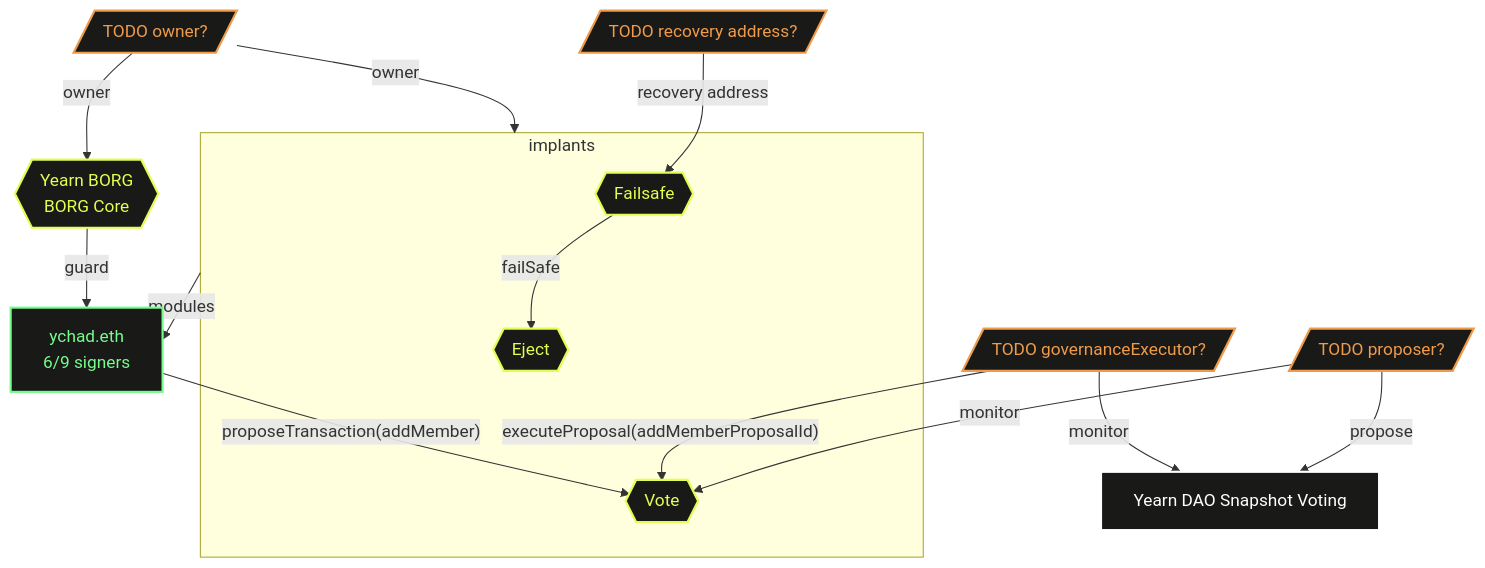
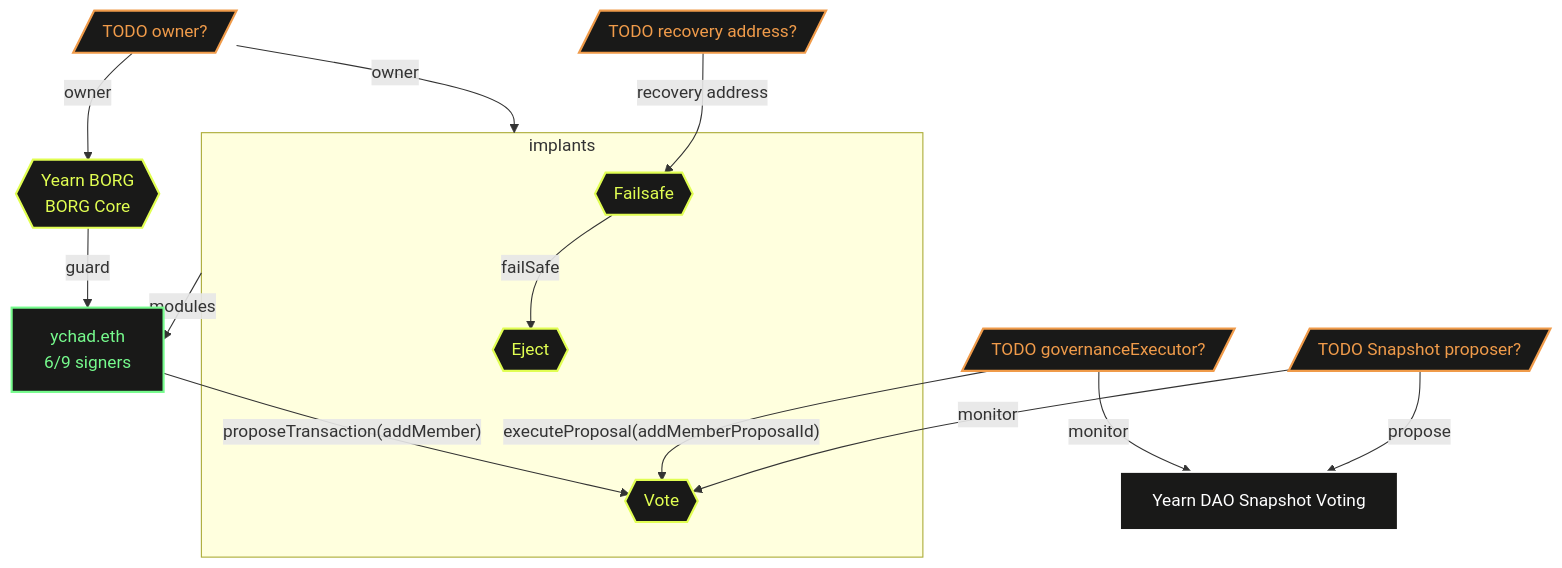
Before and after one commit to MetaLex-Tech/borg-core: the diagram in README-yearnBorg.md, drawn with Mermaid. The commit also changed other lines of this file, not shown here.

````diff
--- a/README-yearnBorg.md
+++ b/README-yearnBorg.md
@@ -5,54 +5,54 @@
 ```mermaid
 graph TD
    ychad[ychad.eth<br/>6/9 signers]
    yearnDaoVoting[Yearn DAO Snapshot Voting]
    govExecutor[/TODO governanceExecutor?/]
-   snapshotProposer[/TODO proposer?/]
+   snapshotProposer[/TODO Snapshot proposer?/]
    
    %% TODO TBD
    tempOwner[/TODO owner?/]
    recoveryAddr[/TODO recovery address?/]
    
    borg{{Yearn BORG<br>BORG Core}}
    
    subgraph implants
        failSafeImplant{{Failsafe}}
        ejectImplant{{Eject}}
        voteImplant{{Vote}}
    end
 
    ychad -->|"proposeTransaction(addMember)"| voteImplant
    
    govExecutor -->|monitor| yearnDaoVoting  
    
    snapshotProposer -->|monitor| voteImplant
    snapshotProposer -->|propose| yearnDaoVoting  
    
    borg -->|guard| ychad
    
    implants -->|modules| ychad
    
    failSafeImplant -->|failSafe| ejectImplant
    
    tempOwner -->|owner| borg
    tempOwner -->|owner| implants
    
    recoveryAddr -->|recovery address| failSafeImplant
    
    govExecutor -->|"executeProposal(addMemberProposalId)"| voteImplant
    
    %% Styling (optional, Mermaid supports limited styling)
    classDef default fill:#191918,stroke:#fff,stroke-width:2px,color:#fff;
    classDef borg fill:#191918,stroke:#E1FE52,stroke-width:2px,color:#E1FE52;
    classDef safe fill:#191918,stroke:#76FB8D,stroke-width:2px,color:#76FB8D;
    classDef todo fill:#191918,stroke:#F09B4A,stroke-width:2px,color:#F09B4A;
    class borg borg;
    class failSafeImplant borg;
    class ejectImplant borg;
    class voteImplant borg;
    class ychad safe;
    class tempOwner todo;
    class recoveryAddr todo;
    class govExecutor todo;
    class snapshotProposer todo;
 ```
````
